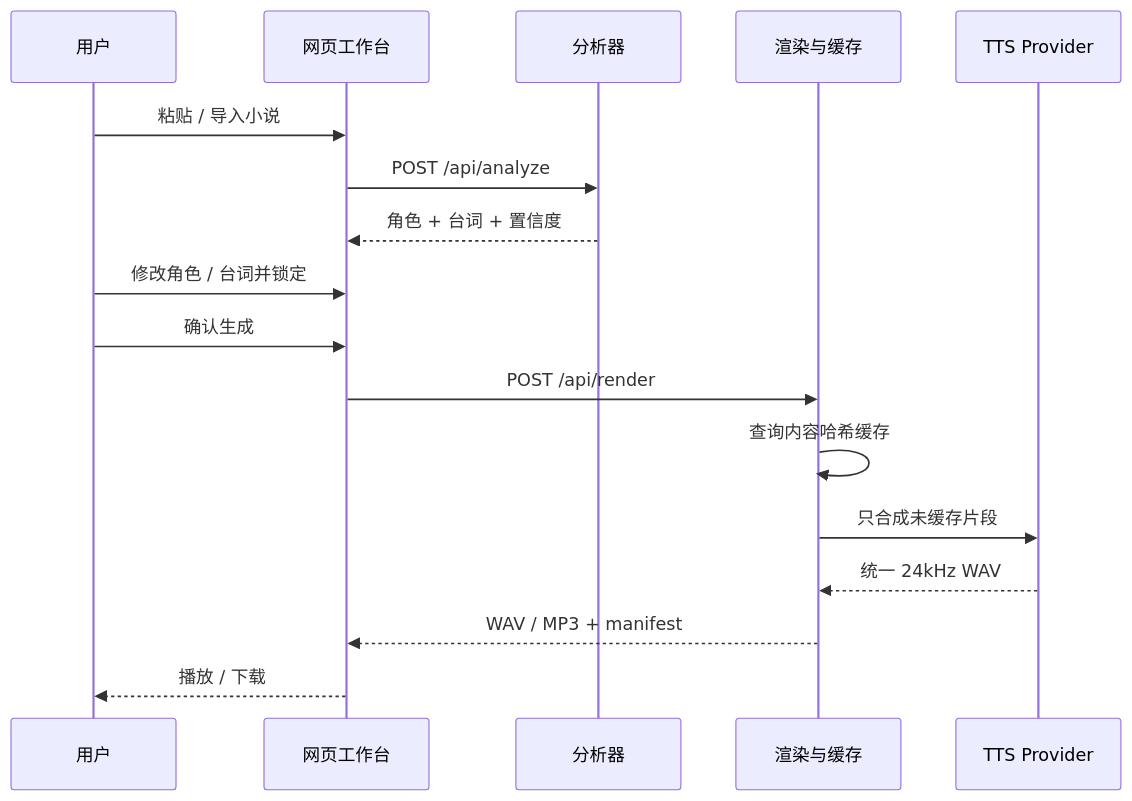
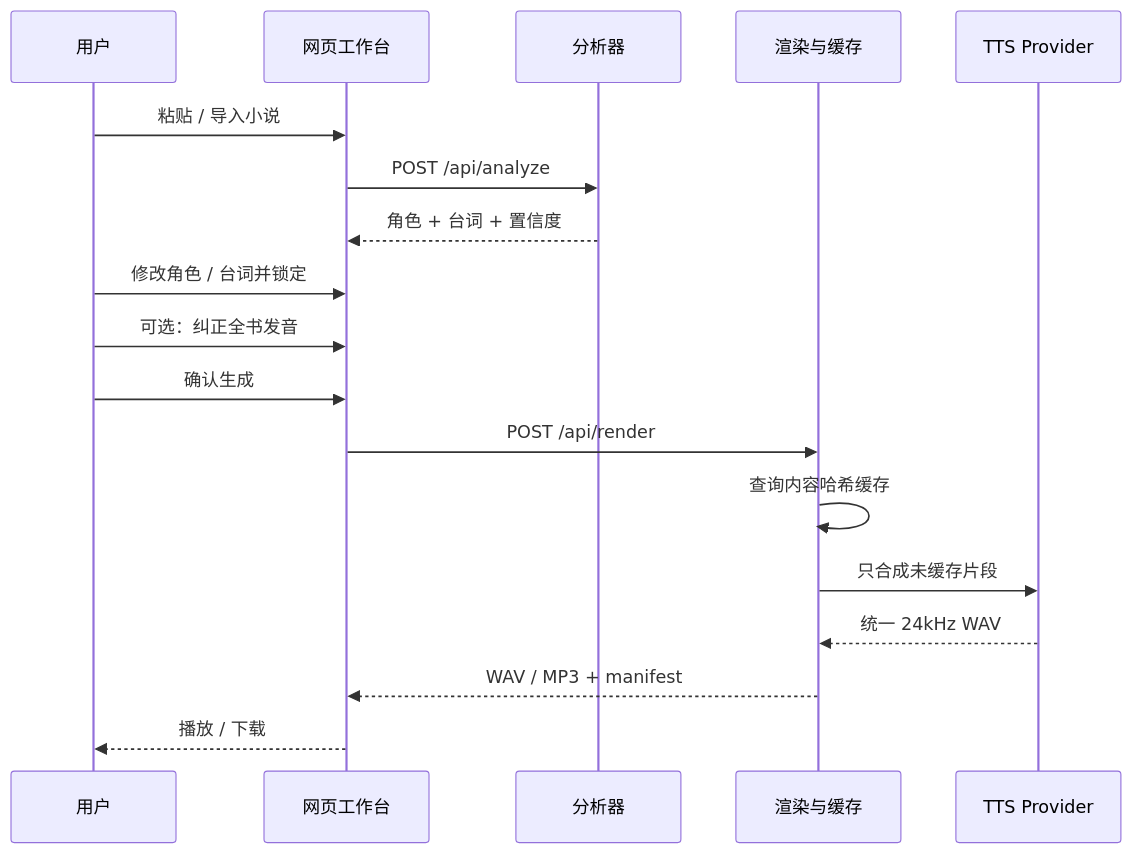
One commit to mungbean138516-jpg/multi-character-_text_to_speech changed the diagram in docs/ARCHITECTURE.md. Above: the diagram before and after it, drawn with Mermaid. The commit also changed other lines of this file and 19 other files, not shown here.

Commit message:
Refocus VoxCast on consumer audiobook flow

````diff
--- a/docs/ARCHITECTURE.md
+++ b/docs/ARCHITECTURE.md
@@ -16,20 +18,21 @@
 ```mermaid
 sequenceDiagram
     participant U as 用户
     participant W as 网页工作台
     participant A as 分析器
     participant R as 渲染与缓存
     participant T as TTS Provider
 
     U->>W: 粘贴 / 导入小说
     W->>A: POST /api/analyze
     A-->>W: 角色 + 台词 + 置信度
     U->>W: 修改角色 / 台词并锁定
+    U->>W: 可选：纠正全书发音
     U->>W: 确认生成
     W->>R: POST /api/render
     R->>R: 查询内容哈希缓存
     R->>T: 只合成未缓存片段
     T-->>R: 统一 24kHz WAV
     R-->>W: WAV / MP3 + manifest
     W-->>U: 播放 / 下载
 ```
````
